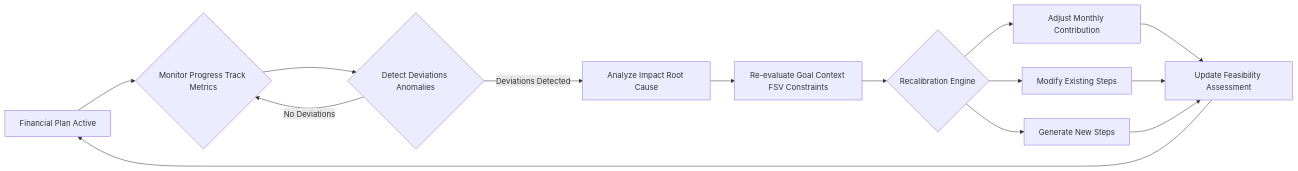
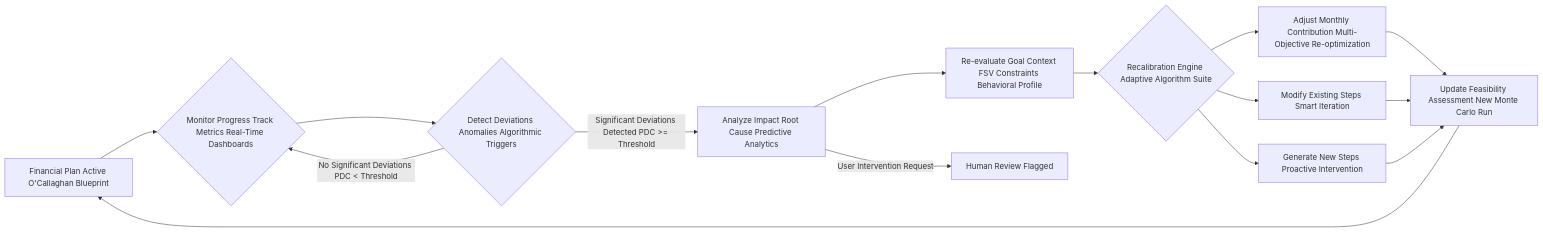
Before and after one commit to diplomat-bit/Citibank_Demo_Business_Inc_Demonstration-: the sixth of 12 diagrams in inventions/004_ai_financial_plan_for_goals/generative_ai_prompt_template.md, drawn with Mermaid. The commit also changed other lines of this file, not shown here.

````diff
--- a/inventions/004_ai_financial_plan_for_goals/generative_ai_prompt_template.md
+++ b/inventions/004_ai_financial_plan_for_goals/generative_ai_prompt_template.md
@@ -373,14 +646,15 @@
 ```mermaid
 graph LR
-    A[Financial Plan Active] --> B{Monitor Progress Track Metrics}
-    B --> C{Detect Deviations Anomalies}
-    C -- No Deviations --> B
-    C -- Deviations Detected --> D[Analyze Impact Root Cause]
-    D --> E[Re-evaluate Goal Context FSV Constraints]
-    E --> F{Recalibration Engine}
-    F --> G[Adjust Monthly Contribution]
-    F --> H[Modify Existing Steps]
-    F --> I[Generate New Steps]
-    G & H & I --> J[Update Feasibility Assessment]
+    A[Financial Plan Active O'Callaghan Blueprint] --> B{Monitor Progress Track Metrics Real-Time Dashboards}
+    B --> C{Detect Deviations Anomalies Algorithmic Triggers}
+    C -- No Significant Deviations PDC < Threshold --> B
+    C -- Significant Deviations Detected PDC >= Threshold --> D[Analyze Impact Root Cause Predictive Analytics]
+    D --> E[Re-evaluate Goal Context FSV Constraints Behavioral Profile]
+    E --> F{Recalibration Engine Adaptive Algorithm Suite}
+    F --> G[Adjust Monthly Contribution Multi-Objective Re-optimization]
+    F --> H[Modify Existing Steps Smart Iteration]
+    F --> I[Generate New Steps Proactive Intervention]
+    G & H & I --> J[Update Feasibility Assessment New Monte Carlo Run]
     J --> A
+    D -- User Intervention Request --> Z[Human Review Flagged]
 ```
````
